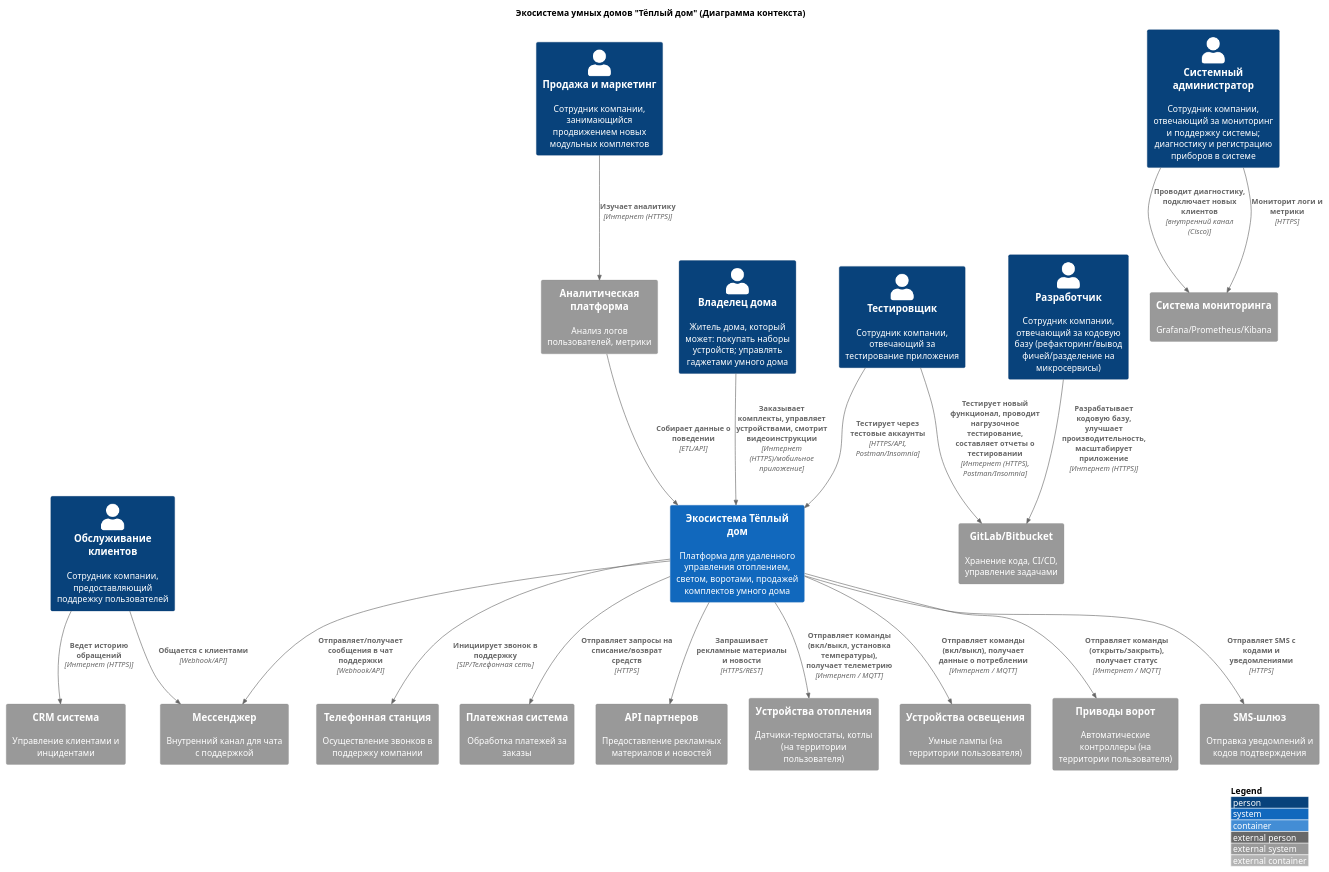
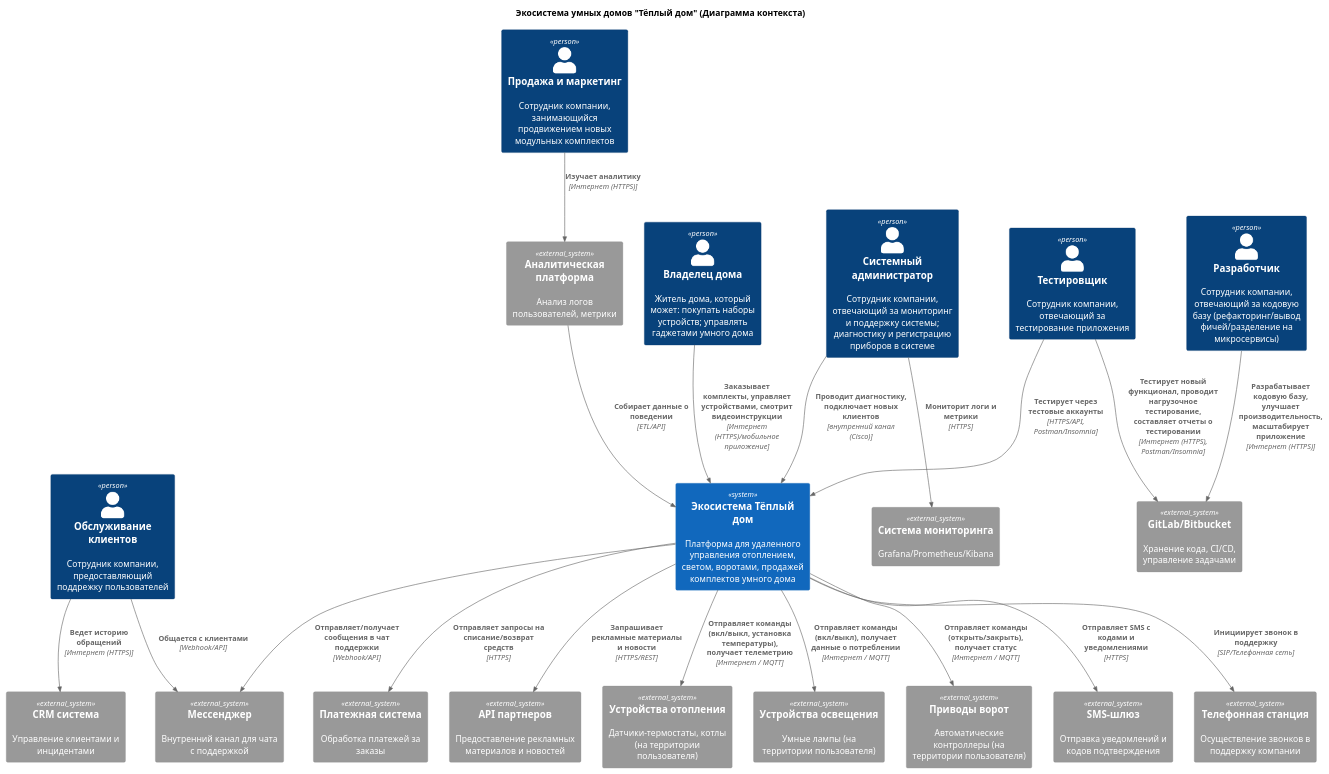
One commit to Polinavas95/architecture-warmhouse changed the diagram in apps/smart_home/diagrams/context/Warm_house.puml. Above: the diagram before and after it, drawn with PlantUML.

```diff
--- a/apps/smart_home/diagrams/context/Warm_house.puml
+++ b/apps/smart_home/diagrams/context/Warm_house.puml
@@ -1,63 +1,62 @@
 @startuml
 !include <C4/C4_Context>
 !include <C4/C4_Container>
 
-LAYOUT_WITH_LEGEND()
-
 title Экосистема умных домов "Тёплый дом" (Диаграмма контекста)
-
 
 ' === Внешние системы ===
 System_Ext(sms, "SMS-шлюз", "Отправка уведомлений и кодов подтверждения")
 System_Ext(phone_system, "Телефонная станция", "Осуществление звонков в поддержку компании")
 System_Ext(payment, "Платежная система", "Обработка платежей за заказы")
 System_Ext(messenger, "Мессенджер", "Внутренний канал для чата с поддержкой")
 System_Ext(partners, "API партнеров", "Предоставление рекламных материалов и новостей")
 
 ' === Внутренние системы компании ===
 System_Ext(gitlab, "GitLab/Bitbucket", "Хранение кода, CI/CD, управление задачами")
 System_Ext(monitoring, "Система мониторинга", "Grafana/Prometheus/Kibana")
 System_Ext(crm, "CRM система", "Управление клиентами и инцидентами")
 System_Ext(analytics, "Аналитическая платформа", "Анализ логов пользователей, метрики")
 
-' === Пользователи ===
+' === Внешние пользователи ===
 Person(owner, "Владелец дома", "Житель дома, который может: покупать наборы устройств; управлять гаджетами умного дома")
+
+' === Внутренние пользователи ===
 Person(admin, "Системный администратор", "Сотрудник компании, отвечающий за мониторинг и поддержку системы; диагностику и регистрацию приборов в системе")
 Person(developer, "Разработчик", "Сотрудник компании, отвечающий за кодовую базу (рефакторинг/вывод фичей/разделение на микросервисы)")
-Person(QA, "Тестировщик", "Сотрудник компании, отвечающий за тестирование приложения")
+Person(qa, "Тестировщик", "Сотрудник компании, отвечающий за тестирование приложения")
 Person(customer_service, "Обслуживание клиентов", "Сотрудник компании, предоставляющий поддрежку пользователей")
 Person(marketing_person, "Продажа и маркетинг", "Сотрудник компании, занимающийся продвижением новых модульных комплектов")
 
 ' === система Теплый дом ===
 System(smart_home, "Экосистема Тёплый дом", "Платформа для удаленного управления отоплением, светом, воротами, продажей комплектов умного дома")
 
 ' === Устройства ===
 System_Ext(heater, "Устройства отопления", "Датчики-термостаты, котлы (на территории пользователя)")
 System_Ext(lamps, "Устройства освещения", "Умные лампы (на территории пользователя)")
 System_Ext(gates, "Приводы ворот", "Автоматические контроллеры (на территории пользователя)")
 
 ' === Связи (взаимодействия) ===
 Rel(owner, smart_home, "Заказывает комплекты, управляет устройствами, смотрит видеоинструкции", "Интернет (HTTPS)/мобильное приложение")
-Rel(admin, monitoring, "Проводит диагностику, подключает новых клиентов", "внутренний канал (Cisco)")
+Rel(admin, smart_home, "Проводит диагностику, подключает новых клиентов", "внутренний канал (Cisco)")
 Rel(admin, monitoring, "Мониторит логи и метрики", "HTTPS")
 Rel(developer, gitlab, "Разрабатывает кодовую базу, улучшает производительность, масштабирует приложение", "Интернет (HTTPS)")
-Rel(QA, gitlab, "Тестирует новый функционал, проводит нагрузочное тестирование, составляет отчеты о тестировании", "Интернет (HTTPS), Postman/Insomnia")
-Rel(QA, smart_home, "Тестирует через тестовые аккаунты", "HTTPS/API, Postman/Insomnia")
+Rel(qa, gitlab, "Тестирует новый функционал, проводит нагрузочное тестирование, составляет отчеты о тестировании", "Интернет (HTTPS), Postman/Insomnia")
+Rel(qa, smart_home, "Тестирует через тестовые аккаунты", "HTTPS/API, Postman/Insomnia")
 Rel(customer_service, crm, "Ведет историю обращений", "Интернет (HTTPS)")
 Rel(customer_service, messenger, "Общается с клиентами", "Webhook/API")
 Rel(marketing_person, analytics, "Изучает аналитику", "Интернет (HTTPS)")
 Rel(analytics, smart_home, "Собирает данные о поведении", "ETL/API")
 
 ' Взаимодействие системы с внешними сервисами
 Rel(smart_home, sms, "Отправляет SMS с кодами и уведомлениями", "HTTPS")
 Rel(smart_home, phone_system, "Инициирует звонок в поддержку", "SIP/Телефонная сеть")
 Rel(smart_home, payment, "Отправляет запросы на списание/возврат средств", "HTTPS")
 Rel(smart_home, messenger, "Отправляет/получает сообщения в чат поддержки", "Webhook/API")
 Rel(smart_home, partners, "Запрашивает рекламные материалы и новости", "HTTPS/REST")
 
 ' Взаимодействие с физическими устройствами
 Rel(smart_home, heater, "Отправляет команды (вкл/выкл, установка температуры), получает телеметрию", "Интернет / MQTT")
 Rel(smart_home, lamps, "Отправляет команды (вкл/выкл), получает данные о потреблении", "Интернет / MQTT")
 Rel(smart_home, gates, "Отправляет команды (открыть/закрыть), получает статус", "Интернет / MQTT")
 
 @enduml
```
